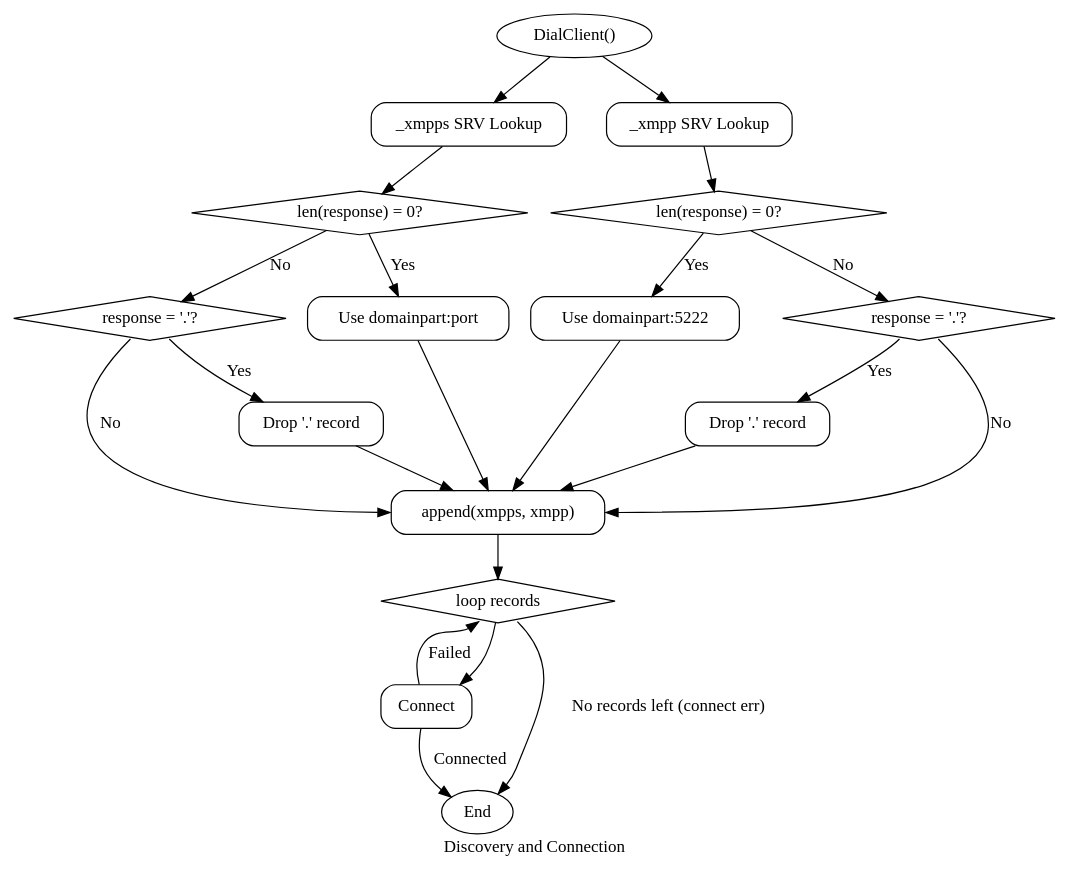
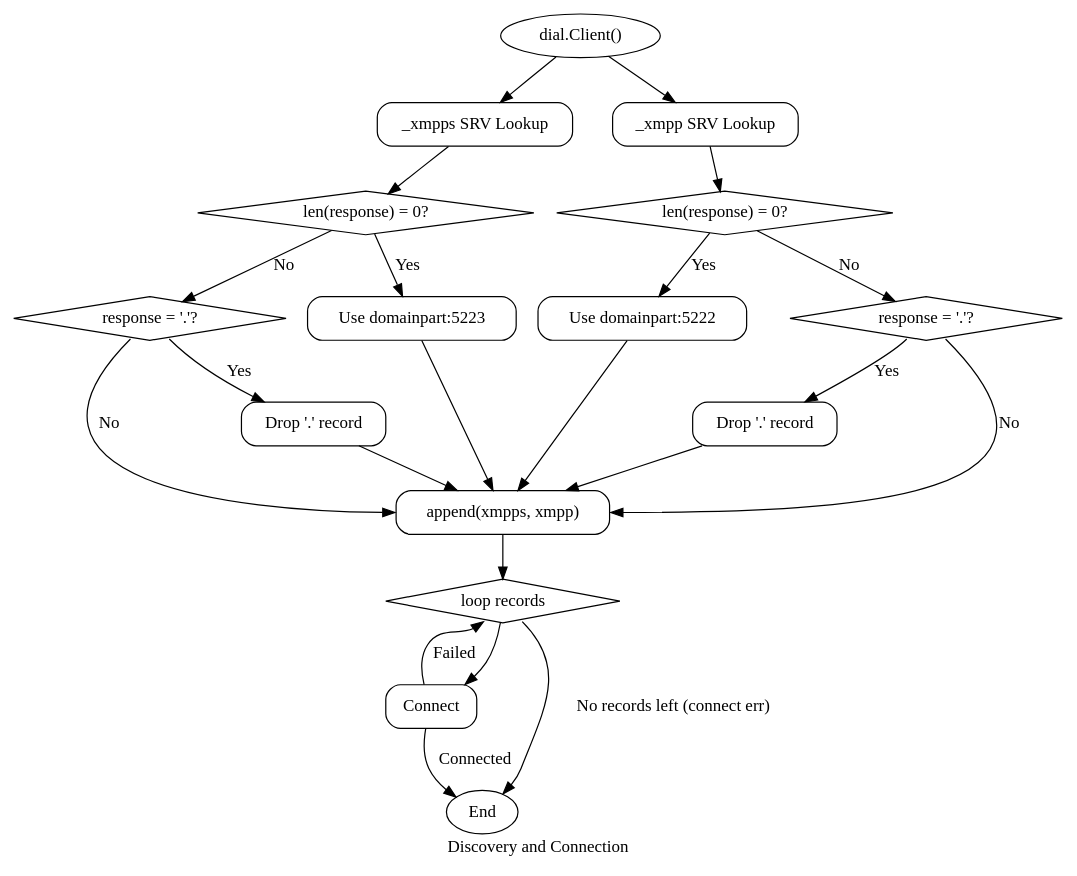
One commit to mellium/xmpp changed the diagram in docs/dial.gv. Above: the diagram before and after it, drawn with Graphviz. The commit also changed 1 other file, not shown here.

Commit message:
dial: simplify dialing and update docs
This patch updates the docs to better show the state of dialing as it
currently stands, and simplifies the dialing algorithm by factoring out
legacy A/AAAA fallback and reworking how the TLS config is handled.

```diff
--- a/docs/dial.gv
+++ b/docs/dial.gv
@@ -1,60 +1,60 @@
 digraph {
 		label="Discovery and Connection"
 
-		dial[shape="oval", label="DialClient()"];
+		dial[shape="oval", label="dial.Client()"];
 
 		xmppssrv[shape="box", style=rounded, label="_xmpps SRV Lookup"];
 		xmppsifdot[shape="diamond", label="response = '.'?"];
 		xmppsdroprecord[shape="box", style=rounded, label="Drop '.' record"];
 		xmppsifempty[shape="diamond", label="len(response) = 0?"];
-		xmppsappenddomain[shape="box", style=rounded, label="Use domainpart:port"];
+		xmppsappenddomain[shape="box", style=rounded, label="Use domainpart:5223"];
 
 		xmppsrv[shape="box", style=rounded, label="_xmpp SRV Lookup"];
 		xmppifdot[shape="diamond", label="response = '.'?"];
 		xmppdroprecord[shape="box", style=rounded, label="Drop '.' record"];
 		xmppifempty[shape="diamond", label="len(response) = 0?"];
 		xmppappenddomain[shape="box", style=rounded, label="Use domainpart:5222"];
 
 		append[shape="box", style=rounded, label="append(xmpps, xmpp)"];
 		range[shape="diamond", label="loop records"];
 		dialsession[shape="box", style=rounded, label="Connect"];
 
 		end[shape="oval", label="End"];
 
 
 		dial -> xmppssrv;
 		xmppssrv -> xmppsifempty;
 		xmppsifempty -> xmppsappenddomain[label="Yes"];
 		xmppsappenddomain -> append;
 		xmppsifempty -> xmppsifdot[label="No"];
 		xmppsifdot:se -> xmppsdroprecord[label="Yes"];
 		xmppsdroprecord -> append;
 		xmppsifdot:sw -> append:w[label="No"];
 
 		dial -> xmppsrv;
 		xmppsrv -> xmppifempty[ordering="in"];
 		xmppifempty -> xmppappenddomain[label="Yes"];
 		xmppappenddomain -> append;
 		xmppifempty -> xmppifdot[label="No"];
 		xmppifdot:sw -> xmppdroprecord[label="Yes"];
 		xmppdroprecord -> append;
 		xmppifdot:se -> append:e[label="No"];
 
 		append -> range;
 
 		range -> dialsession;
 		range:se -> end[label="No records left (connect err)"];
 		dialsession -> range:sw[label="Failed"];
 		dialsession -> end[label="Connected"];
 
 		{rank=same; xmppssrv xmppsrv}
 		{rank=same; xmppsifdot xmppsappenddomain xmppappenddomain xmppifdot}
 		{
 			// Force the response='.' and add domain on both sides to be symetrical
 			// using an invisible edge.
 			rank = same;
 			edge[ style=invis ];
 			xmppappenddomain -> xmppifdot;
 			rankdir = LR;
 		}
 }
```
